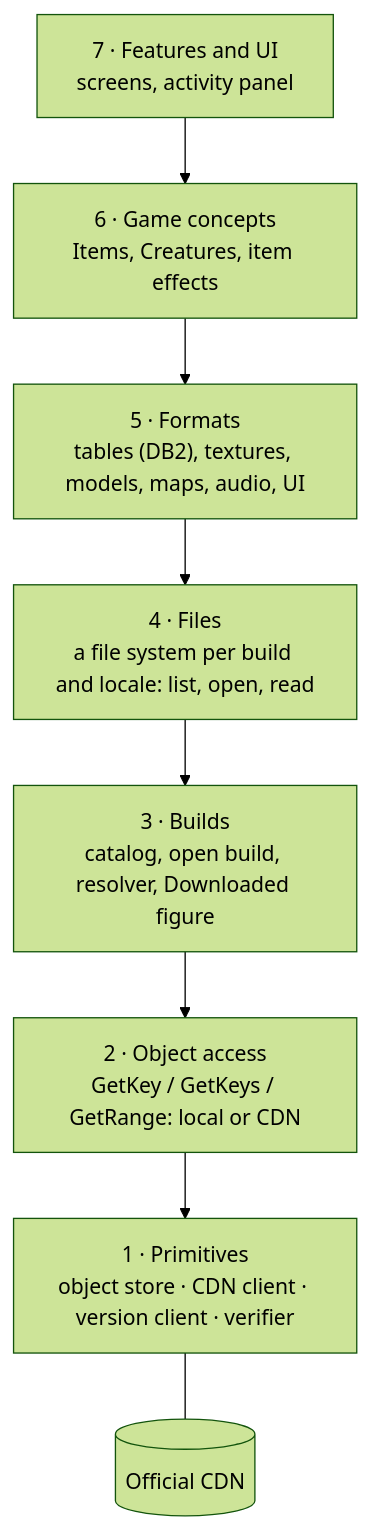
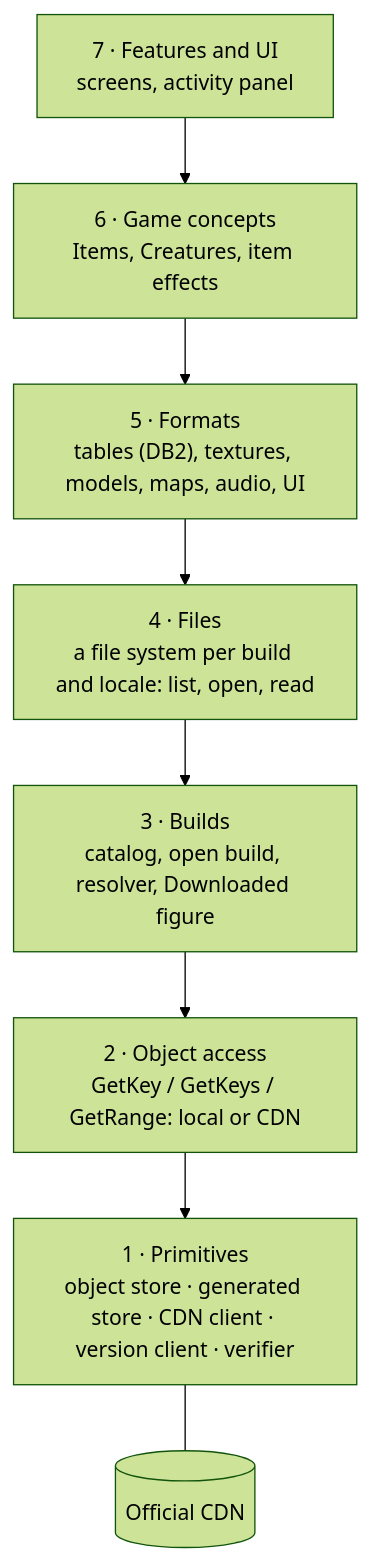
Before and after one commit to aircan80/vibeminer: the first of 2 diagrams in docs/ARCHITECTURE.md, drawn with Mermaid (forest theme). The commit also changed other lines of this file and 2 other files, not shown here.

Commit message:
Bring ARCHITECTURE.md up to date with the layers on main

````diff
--- a/docs/ARCHITECTURE.md
+++ b/docs/ARCHITECTURE.md
@@ -11,12 +11,12 @@
 ```mermaid
 flowchart TB
   L7["7 · Features and UI<br/>screens, activity panel"]
   L6["6 · Game concepts<br/>Items, Creatures, item effects"]
   L5["5 · Formats<br/>tables (DB2), textures, models, maps, audio, UI"]
   L4["4 · Files<br/>a file system per build and locale: list, open, read"]
   L3["3 · Builds<br/>catalog, open build, resolver, Downloaded figure"]
   L2["2 · Object access<br/>GetKey / GetKeys / GetRange: local or CDN"]
-  L1["1 · Primitives<br/>object store · CDN client · version client · verifier"]
+  L1["1 · Primitives<br/>object store · generated store · CDN client · version client · verifier"]
   L7 --> L6 --> L5 --> L4 --> L3 --> L2 --> L1
   L1 --- CDN[(Official CDN)]
 ```
````
